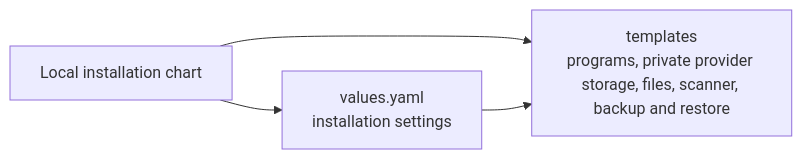
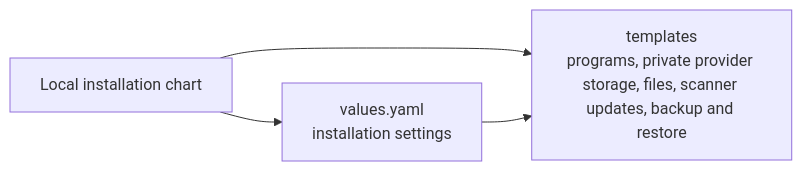
The diagram in infra/package/chart/templates/README.md (elewa-git/opencrane-new), drawn with Mermaid before and after one commit. The commit also changed other lines of this file and 30 other files, not shown here.

````diff
--- a/infra/package/chart/templates/README.md
+++ b/infra/package/chart/templates/README.md
@@ -55,6 +56,6 @@
 ```mermaid
 flowchart LR
-  chart["Local installation chart"] --> templates["templates<br/>programs, private provider storage, files, scanner, backup and restore"]
+  chart["Local installation chart"] --> templates["templates<br/>programs, private provider storage, files, scanner updates, backup and restore"]
   chart --> values["values.yaml<br/>installation settings"]
   values --> templates
 ```
````
